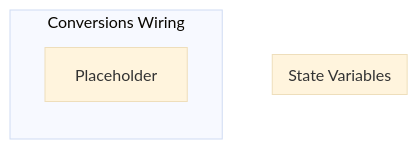
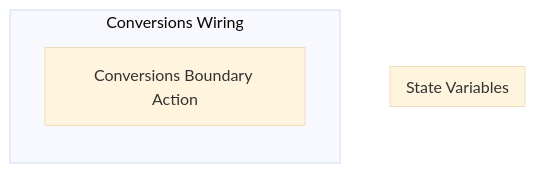
Before and after one commit to dominant-strategies/Quai-Macro-Model: the diagram in Spec/obsidian/Wiring/Conversions Wiring.md, drawn with Mermaid (base theme). The commit also changed other lines of this file and 7 other files, not shown here.

Commit message:
Boundary action option

````diff
--- a/Spec/obsidian/Wiring/Conversions Wiring.md
+++ b/Spec/obsidian/Wiring/Conversions Wiring.md
@@ -3,11 +3,11 @@
 ```mermaid
 graph TB
 
 subgraph SVS["State Variables"]
 end
 
 subgraph X2["Conversions Wiring"]
 direction TB
-X1["Placeholder"]
+X1["Conversions Boundary Action"]
 end
 ```
````
